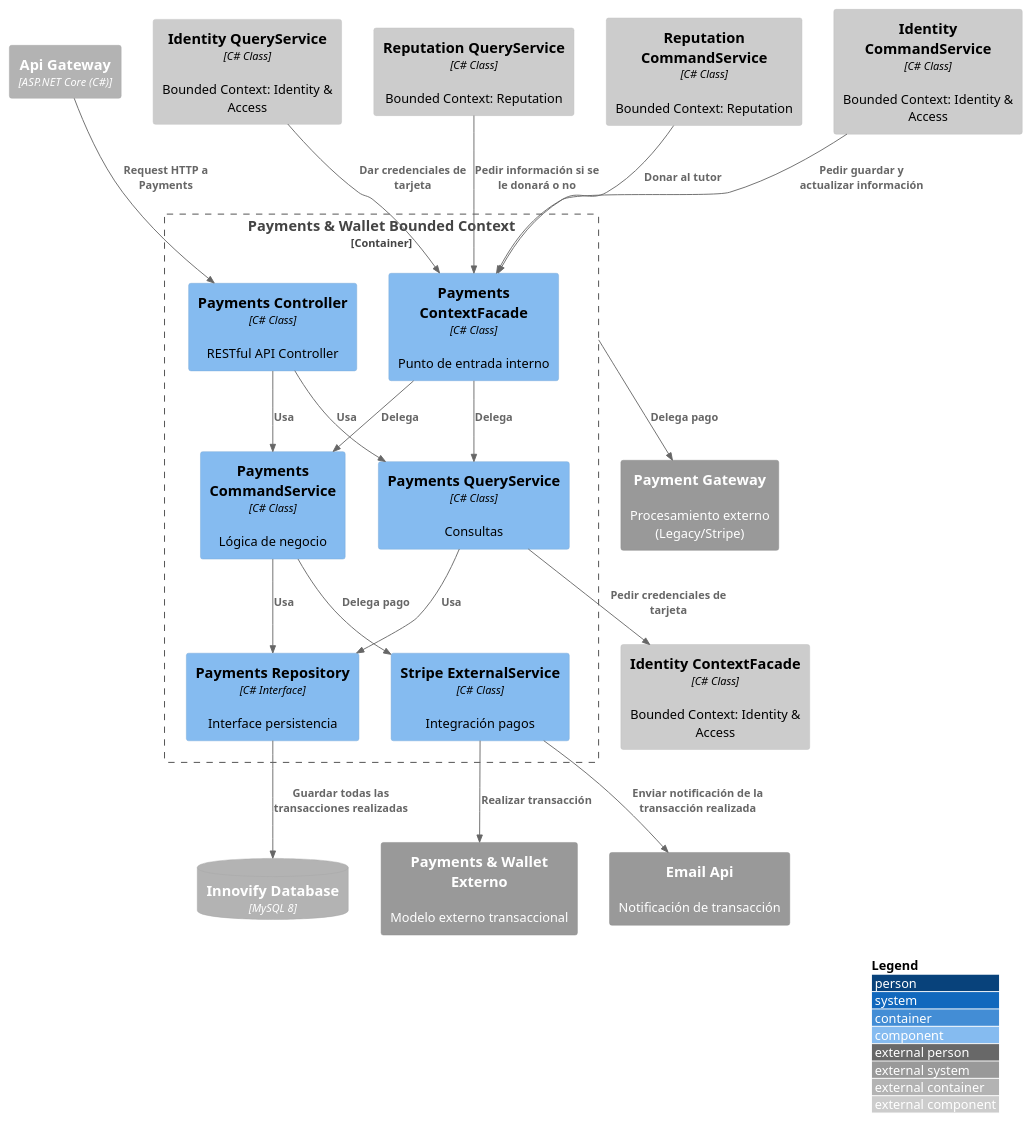
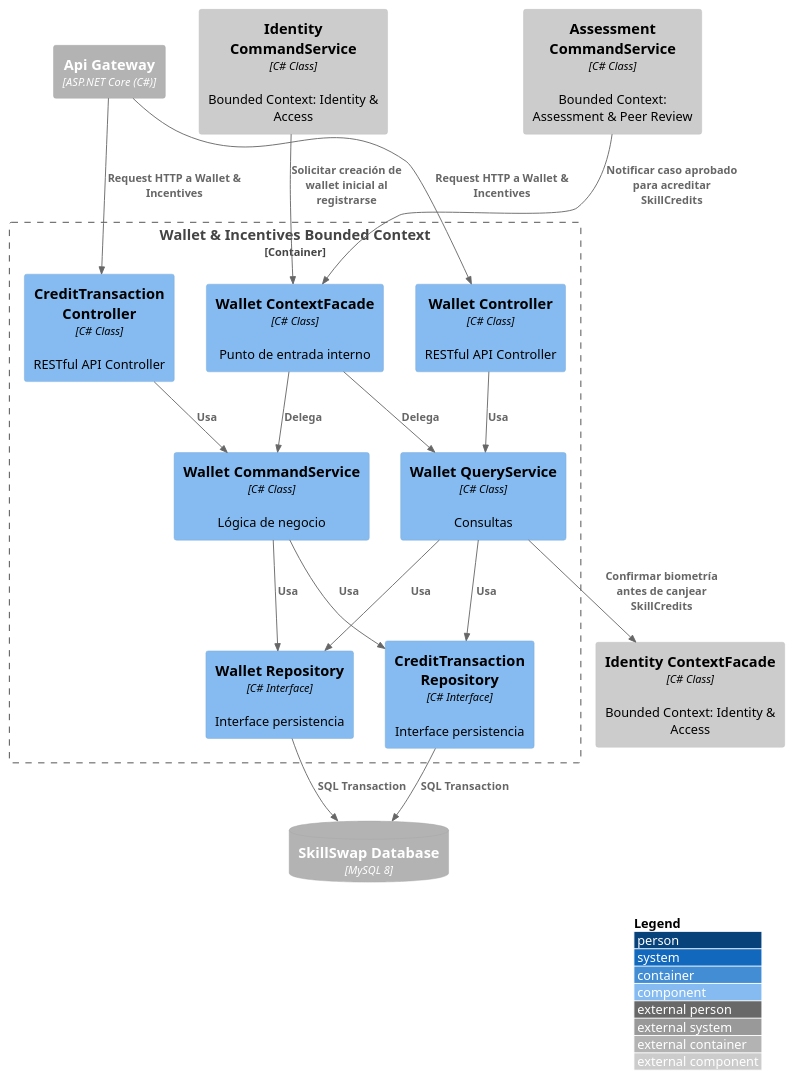
One commit to Aplicaciones-Dispositivos-Moviles/SkillSwap-ProjectReport changed the diagram in DB&C4/Component Diagram — Payments & Wallet.puml. Above: the diagram before and after it, drawn with PlantUML. The commit also changed 23 other files, not shown here.

Commit message:
docs(chapter-2): add verification, learning, assessment and wallet bounded contexts

```diff
--- a/DB&C4/Component Diagram — Payments & Wallet.puml
+++ b/DB&C4/Component Diagram — Payments & Wallet.puml
@@ -1,48 +1,43 @@
-@startuml PaymentsComponent
+@startuml WalletIncentivesComponent
 !include https://raw.githubusercontent.com/plantuml-stdlib/C4-PlantUML/master/C4_Component.puml
 
 LAYOUT_WITH_LEGEND()
 
 Container_Ext(apiGateway, "Api Gateway", "ASP.NET Core (C#)")
-ContainerDb_Ext(mainDB, "Innovify Database", "MySQL 8")
-System_Ext(paymentsService, "Payments & Wallet Externo", "Modelo externo transaccional")
-System_Ext(emailService, "Email Api", "Notificación de transacción")
-System_Ext(paymentGateway, "Payment Gateway", "Procesamiento externo (Legacy/Stripe)")
+ContainerDb_Ext(mainDB, "SkillSwap Database", "MySQL 8")
 
-Container_Boundary(billingBC, "Payments & Wallet Bounded Context") {
-    Component(billingController, "Payments Controller", "C# Class", "RESTful API Controller")
-    Component(billingCommandService, "Payments CommandService", "C# Class", "Lógica de negocio")
-    Component(billingQueryService, "Payments QueryService", "C# Class", "Consultas")
-    Component(billingRepository, "Payments Repository", "C# Interface", "Interface persistencia")
-    Component(stripeExternal, "Stripe ExternalService", "C# Class", "Integración pagos")
-    Component(billingContextFacade, "Payments ContextFacade", "C# Class", "Punto de entrada interno")
+Container_Boundary(walletBC, "Wallet & Incentives Bounded Context") {
+    Component(walletController, "Wallet Controller", "C# Class", "RESTful API Controller")
+    Component(creditTransactionController, "CreditTransaction Controller", "C# Class", "RESTful API Controller")
+    Component(walletCommandService, "Wallet CommandService", "C# Class", "Lógica de negocio")
+    Component(walletQueryService, "Wallet QueryService", "C# Class", "Consultas")
+    Component(walletRepository, "Wallet Repository", "C# Interface", "Interface persistencia")
+    Component(creditTransactionRepository, "CreditTransaction Repository", "C# Interface", "Interface persistencia")
+    Component(walletContextFacade, "Wallet ContextFacade", "C# Class", "Punto de entrada interno")
 }
 
 Component_Ext(identityCommandService, "Identity CommandService", "C# Class", "Bounded Context: Identity & Access")
-Component_Ext(identityQueryService, "Identity QueryService", "C# Class", "Bounded Context: Identity & Access")
 Component_Ext(identityContextFacade, "Identity ContextFacade", "C# Class", "Bounded Context: Identity & Access")
-Component_Ext(reputationQueryService, "Reputation QueryService", "C# Class", "Bounded Context: Reputation")
-Component_Ext(reputationCommandService, "Reputation CommandService", "C# Class", "Bounded Context: Reputation")
+Component_Ext(assessmentCommandService, "Assessment CommandService", "C# Class", "Bounded Context: Assessment & Peer Review")
 
-Rel(apiGateway, billingController, "Request HTTP a Payments")
-Rel(billingController, billingCommandService, "Usa")
-Rel(billingController, billingQueryService, "Usa")
-Rel(billingCommandService, billingRepository, "Usa")
-Rel(billingQueryService, billingRepository, "Usa")
-Rel(billingRepository, mainDB, "Guardar todas las transacciones realizadas")
+Rel(apiGateway, walletController, "Request HTTP a Wallet & Incentives")
+Rel(apiGateway, creditTransactionController, "Request HTTP a Wallet & Incentives")
+Rel(walletController, walletQueryService, "Usa")
+Rel(creditTransactionController, walletCommandService, "Usa")
 
-Rel(billingCommandService, stripeExternal, "Delega pago")
-Rel(stripeExternal, paymentsService, "Realizar transacción")
-Rel(stripeExternal, emailService, "Enviar notificación de la transacción realizada")
-Rel(billingBC, paymentGateway, "Delega pago")
+Rel(walletCommandService, walletRepository, "Usa")
+Rel(walletCommandService, creditTransactionRepository, "Usa")
+Rel(walletQueryService, walletRepository, "Usa")
+Rel(walletQueryService, creditTransactionRepository, "Usa")
+Rel(walletRepository, mainDB, "SQL Transaction")
+Rel(creditTransactionRepository, mainDB, "SQL Transaction")
 
-Rel(identityCommandService, billingContextFacade, "Pedir guardar y actualizar información")
-Rel(identityQueryService, billingContextFacade, "Dar credenciales de tarjeta")
-Rel(reputationQueryService, billingContextFacade, "Pedir información si se le donará o no")
-Rel(reputationCommandService, billingContextFacade, "Donar al tutor")
-Rel(billingQueryService, identityContextFacade, "Pedir credenciales de tarjeta")
+Rel(walletQueryService, identityContextFacade, "Confirmar biometría antes de canjear SkillCredits")
 
-Rel(billingContextFacade, billingCommandService, "Delega")
-Rel(billingContextFacade, billingQueryService, "Delega")
+Rel(walletContextFacade, walletCommandService, "Delega")
+Rel(walletContextFacade, walletQueryService, "Delega")
+
+Rel(identityCommandService, walletContextFacade, "Solicitar creación de wallet inicial al registrarse")
+Rel(assessmentCommandService, walletContextFacade, "Notificar caso aprobado para acreditar SkillCredits")
 
 @enduml
```
